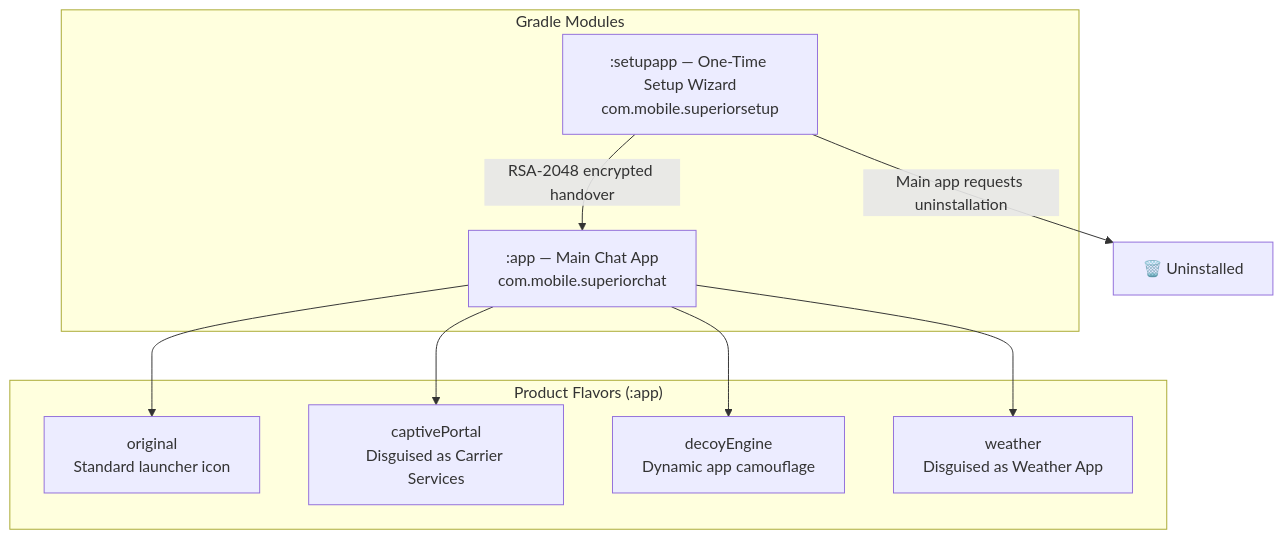
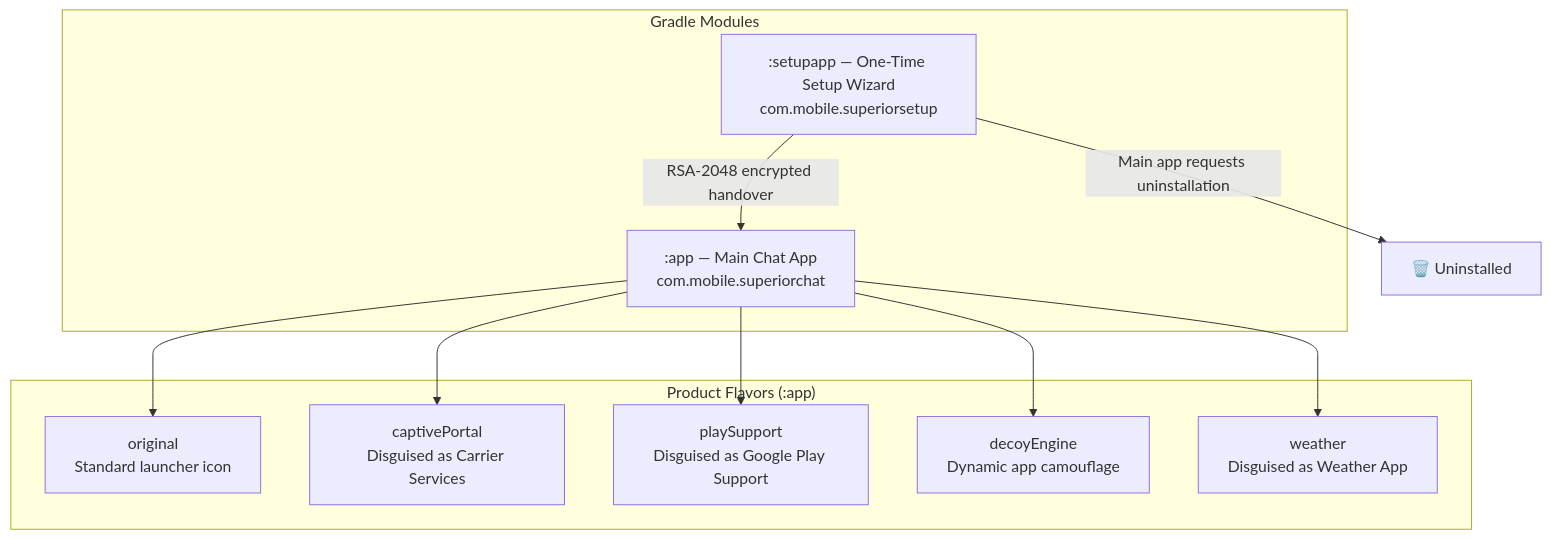
Before and after one commit to sandeshsahu/superiorchat: the second of 5 diagrams in docs/Architecture.md, drawn with Mermaid. The commit also changed other lines of this file and 7 other files, not shown here.

````diff
--- a/docs/Architecture.md
+++ b/docs/Architecture.md
@@ -38,21 +38,23 @@
 ```mermaid
 graph TD
     subgraph "Gradle Modules"
         APP[":app — Main Chat App<br/>com.mobile.superiorchat"]
         SETUP[":setupapp — One-Time Setup Wizard<br/>com.mobile.superiorsetup"]
     end
     
     subgraph "Product Flavors (:app)"
         O["original<br/>Standard launcher icon"]
         CP["captivePortal<br/>Disguised as Carrier Services"]
+        PS["playSupport<br/>Disguised as Google Play Support"]
         DE["decoyEngine<br/>Dynamic app camouflage"]
         WE["weather<br/>Disguised as Weather App"]
     end
 
     APP --> O
     APP --> CP
+    APP --> PS
     APP --> DE
     APP --> WE
     SETUP -->|"RSA-2048 encrypted handover"| APP
     SETUP -->|"Main app requests uninstallation"| X["🗑️ Uninstalled"]
 ```
````
